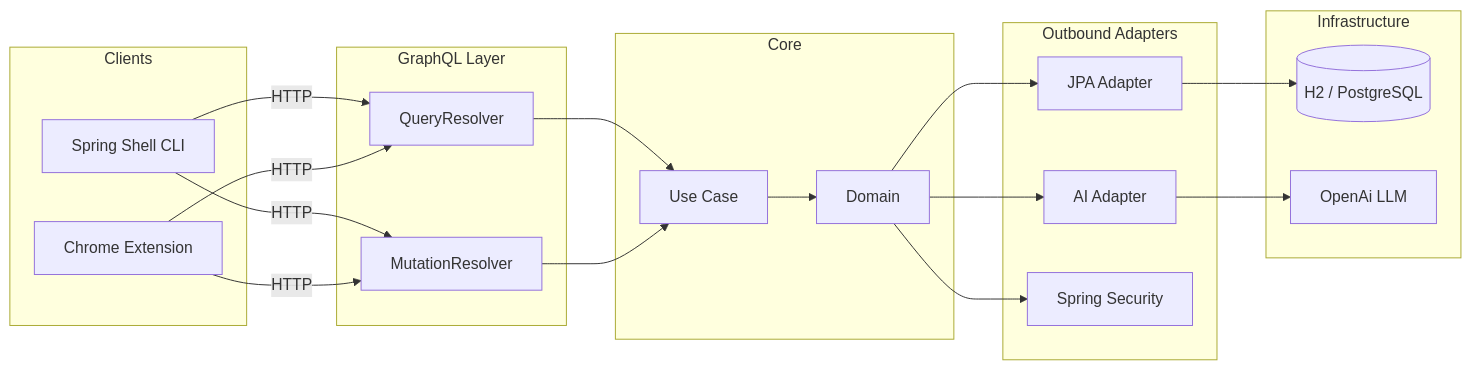
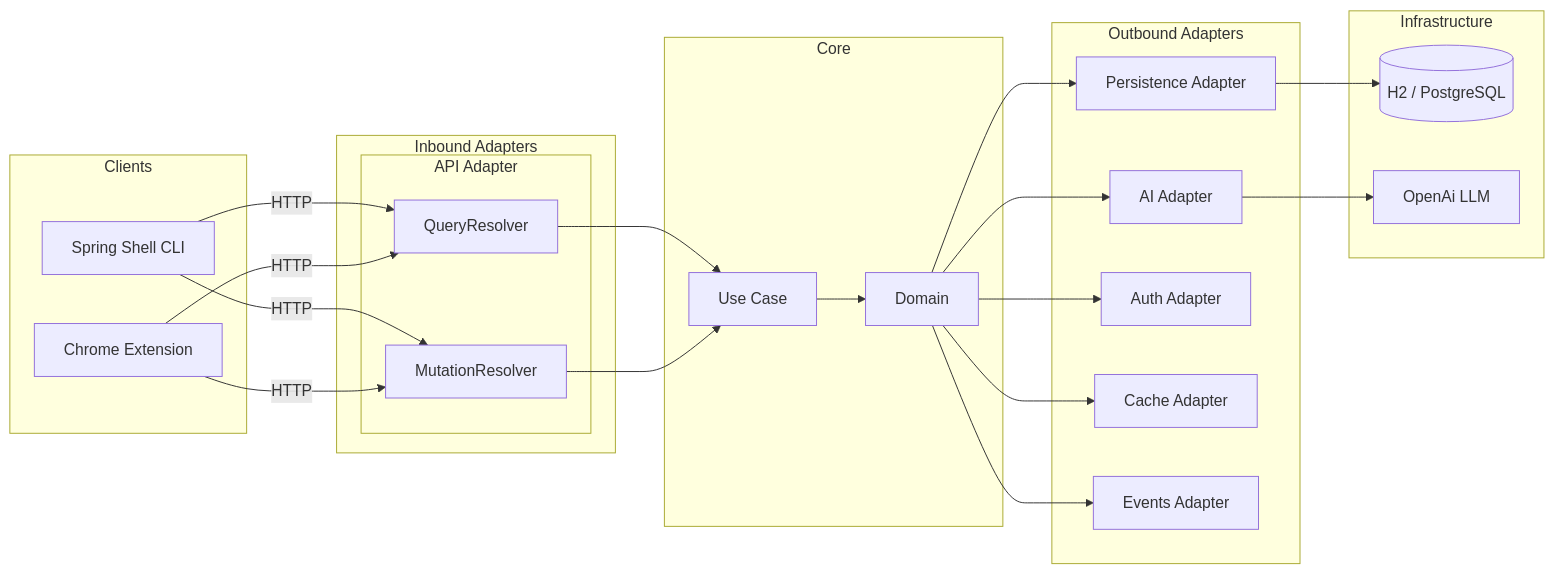
The second of 3 diagrams in README.md (JuanPabloJimenezEsclusa/alexandra-job-tracker), drawn with Mermaid before and after one commit. The commit also changed other lines of this file and 24 other files, not shown here.

First line of the commit message:
feat(adapter): reduce token to 10 min, require auth on me, add mdc ids, use forbidden

````diff
--- a/README.md
+++ b/README.md
@@ -162,35 +153,41 @@
 ```mermaid
 flowchart LR
-    subgraph clients [Clients]
-        CLI["Spring Shell CLI"]
-        Ext["Chrome Extension"]
-    end
+  subgraph clients [Clients]
+    CLI["Spring Shell CLI"]
+    Ext["Chrome Extension"]
+  end
 
-    subgraph api [GraphQL Layer]
-        QR["QueryResolver"]
-        MR["MutationResolver"]
-    end
+  subgraph api [API Adapter]
+    QR["QueryResolver"]
+    MR["MutationResolver"]
+  end
 
-    subgraph core [Core]
-        UC["Use Case"]
-        Domain["Domain"]
-    end
+  subgraph inbound [Inbound Adapters]
+    api[GraphQL Layer]
+  end
 
-    subgraph outbound [Outbound Adapters]
-        JPA["JPA Adapter"]
-        AI["AI Adapter"]
-        JWT["Spring Security"]
-    end
+  subgraph core [Core]
+    UC["Use Case"]
+    Domain["Domain"]
+  end
 
-    subgraph storage [Infrastructure]
-        DB[("H2 / PostgreSQL")]
-        LLM["OpenAi LLM"]
-    end
+  subgraph outbound [Outbound Adapters]
+    JPA["Persistence Adapter"]
+    AI["AI Adapter"]
+    Auth["Auth Adapter"]
+    Cache["Cache Adapter"]
+    Events["Events Adapter"]
+  end
 
-    CLI --> |HTTP| QR & MR
-    Ext --> |HTTP| QR & MR
-    QR & MR --> UC --> Domain
-    Domain --> JPA & AI & JWT
-    JPA --> DB
-    AI --> LLM
+  subgraph storage [Infrastructure]
+    DB[("H2 / PostgreSQL")]
+    LLM["OpenAi LLM"]
+  end
+
+  CLI --> |HTTP| QR & MR
+  Ext --> |HTTP| QR & MR
+  QR & MR --> UC --> Domain
+  Domain --> JPA & AI & Auth & Cache & Events
+  JPA --> DB
+  AI --> LLM
 ```
````
